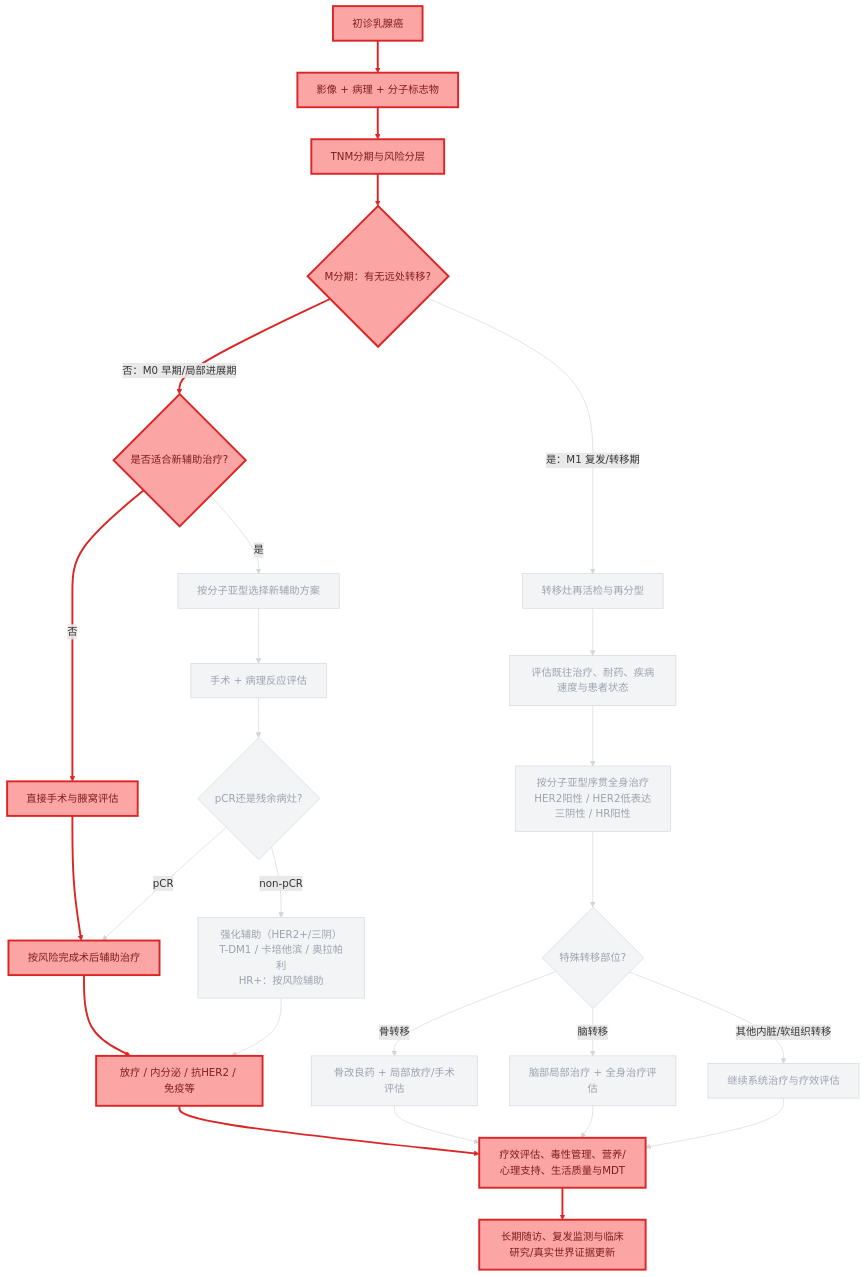
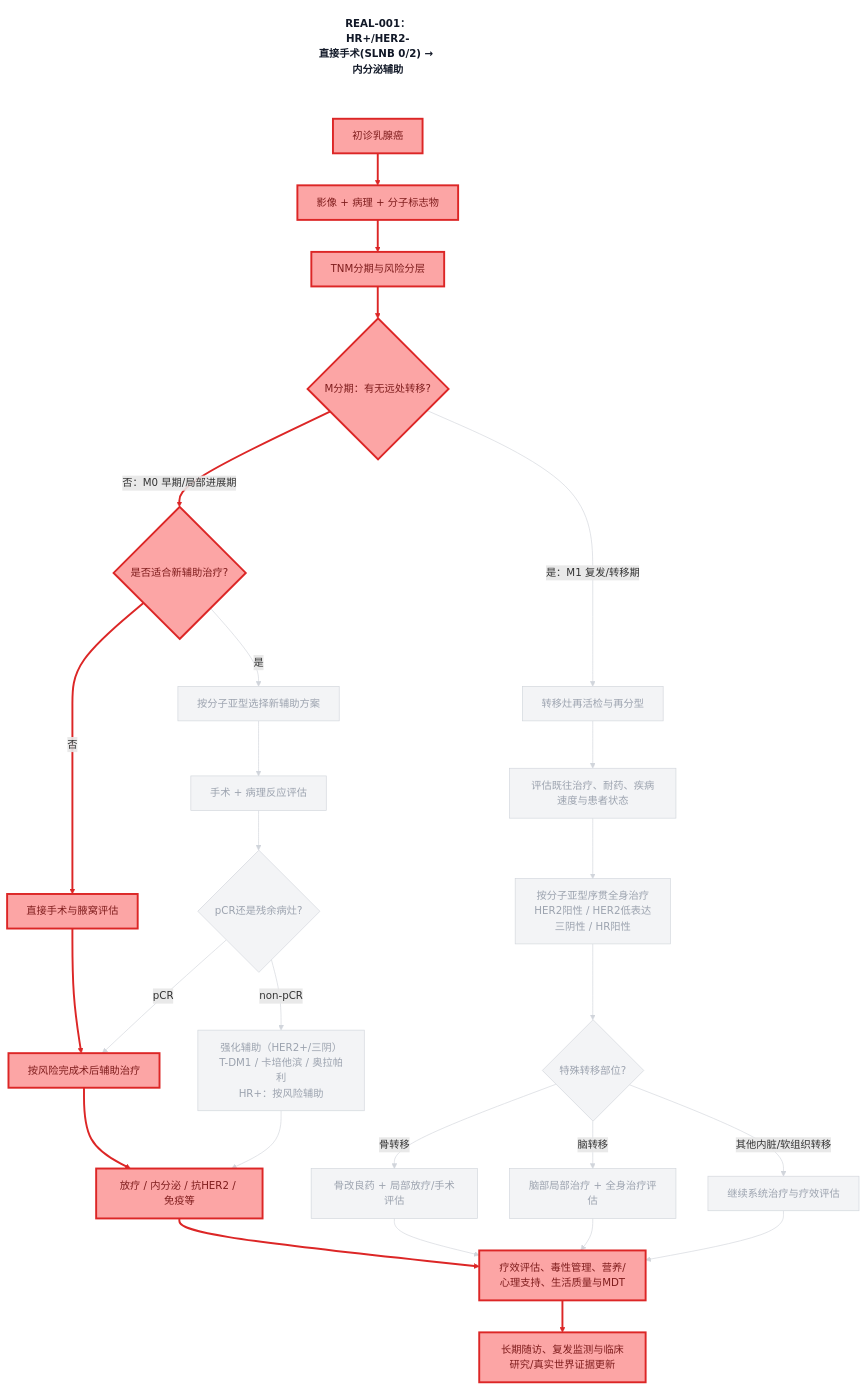
Before and after one commit to dongjb741280/breast-cancer: the diagram in diagrams/decision-chain-REAL-001.mmd, drawn with Mermaid. The commit also changed 21 other files, not shown here.

First line of the commit message:
Add decision-chain skill and regenerate annotated REAL diagrams

```diff
--- a/diagrams/decision-chain-REAL-001.mmd
+++ b/diagrams/decision-chain-REAL-001.mmd
@@ -1,96 +1,99 @@
-%% 乳腺癌诊疗决策链（高亮病例实际路径）
 graph TD
+    TITLE["REAL-001：HR+/HER2-<br/>直接手术(SLNB 0/2) → 内分泌辅助"]
     A[初诊乳腺癌]
     B[影像 + 病理 + 分子标志物]
     C[TNM分期与风险分层]
     D{M分期：有无远处转移?}
     E{是否适合新辅助治疗?}
     F[按分子亚型选择新辅助方案]
     G[直接手术与腋窝评估]
     H[手术 + 病理反应评估]
     I{pCR还是残余病灶?}
     J[按风险完成术后辅助治疗]
     K[强化辅助（HER2+/三阴）<br/>T-DM1 / 卡培他滨 / 奥拉帕利<br/>HR+：按风险辅助]
     L[放疗 / 内分泌 / 抗HER2 / 免疫等]
     M[转移灶再活检与再分型]
     N[评估既往治疗、耐药、疾病速度与患者状态]
     O[按分子亚型序贯全身治疗<br/>HER2阳性 / HER2低表达<br/>三阴性 / HR阳性]
     P{特殊转移部位?}
     Q[骨改良药 + 局部放疗/手术评估]
     R[脑部局部治疗 + 全身治疗评估]
     S[继续系统治疗与疗效评估]
     T[疗效评估、毒性管理、营养/心理支持、生活质量与MDT]
     U[长期随访、复发监测与临床研究/真实世界证据更新]
     A --> B
     B --> C
     C --> D
     D -->|否：M0 早期/局部进展期| E
     E -->|是| F
     E -->|否| G
     F --> H
     G --> J
     H --> I
     I -->|pCR| J
     I -->|non-pCR| K
     J --> L
     K --> L
     D -->|是：M1 复发/转移期| M
     M --> N
     N --> O
     O --> P
     P -->|骨转移| Q
     P -->|脑转移| R
     P -->|其他内脏/软组织转移| S
     L --> T
     Q --> T
     R --> T
     S --> T
     T --> U
+    TITLE ~~~ A
     classDef path fill:#fca5a5,stroke:#dc2626,color:#7f1d1d,stroke-width:3px;
     classDef dim fill:#f3f4f6,stroke:#d1d5db,color:#9ca3af,stroke-width:1px;
+    classDef caption fill:#fff,stroke:none,color:#111827,font-weight:bold;
+    class TITLE caption;
     class A path;
     class B path;
     class C path;
     class D path;
     class E path;
     class F dim;
     class G path;
     class H dim;
     class I dim;
     class J path;
     class K dim;
     class L path;
     class M dim;
     class N dim;
     class O dim;
     class P dim;
     class Q dim;
     class R dim;
     class S dim;
     class T path;
     class U path;
     linkStyle 0 stroke:#dc2626,stroke-width:3px;
     linkStyle 1 stroke:#dc2626,stroke-width:3px;
     linkStyle 2 stroke:#dc2626,stroke-width:3px;
     linkStyle 3 stroke:#dc2626,stroke-width:3px;
     linkStyle 4 stroke:#d1d5db,stroke-width:1px;
     linkStyle 5 stroke:#dc2626,stroke-width:3px;
     linkStyle 6 stroke:#d1d5db,stroke-width:1px;
     linkStyle 7 stroke:#dc2626,stroke-width:3px;
     linkStyle 8 stroke:#d1d5db,stroke-width:1px;
     linkStyle 9 stroke:#d1d5db,stroke-width:1px;
     linkStyle 10 stroke:#d1d5db,stroke-width:1px;
     linkStyle 11 stroke:#dc2626,stroke-width:3px;
     linkStyle 12 stroke:#d1d5db,stroke-width:1px;
     linkStyle 13 stroke:#d1d5db,stroke-width:1px;
     linkStyle 14 stroke:#d1d5db,stroke-width:1px;
     linkStyle 15 stroke:#d1d5db,stroke-width:1px;
     linkStyle 16 stroke:#d1d5db,stroke-width:1px;
     linkStyle 17 stroke:#d1d5db,stroke-width:1px;
     linkStyle 18 stroke:#d1d5db,stroke-width:1px;
     linkStyle 19 stroke:#d1d5db,stroke-width:1px;
     linkStyle 20 stroke:#dc2626,stroke-width:3px;
     linkStyle 21 stroke:#d1d5db,stroke-width:1px;
     linkStyle 22 stroke:#d1d5db,stroke-width:1px;
     linkStyle 23 stroke:#d1d5db,stroke-width:1px;
     linkStyle 24 stroke:#dc2626,stroke-width:3px;
```
